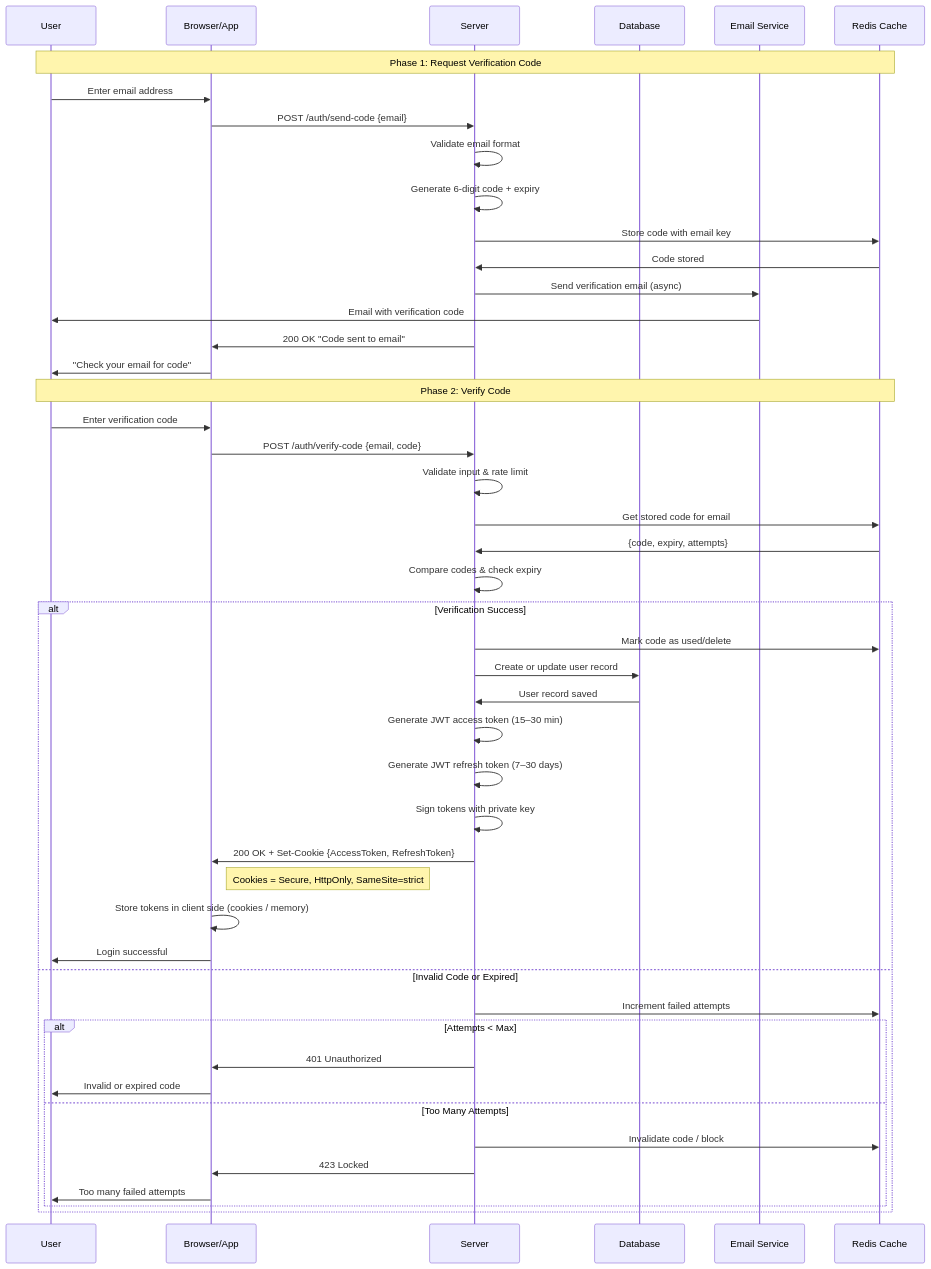
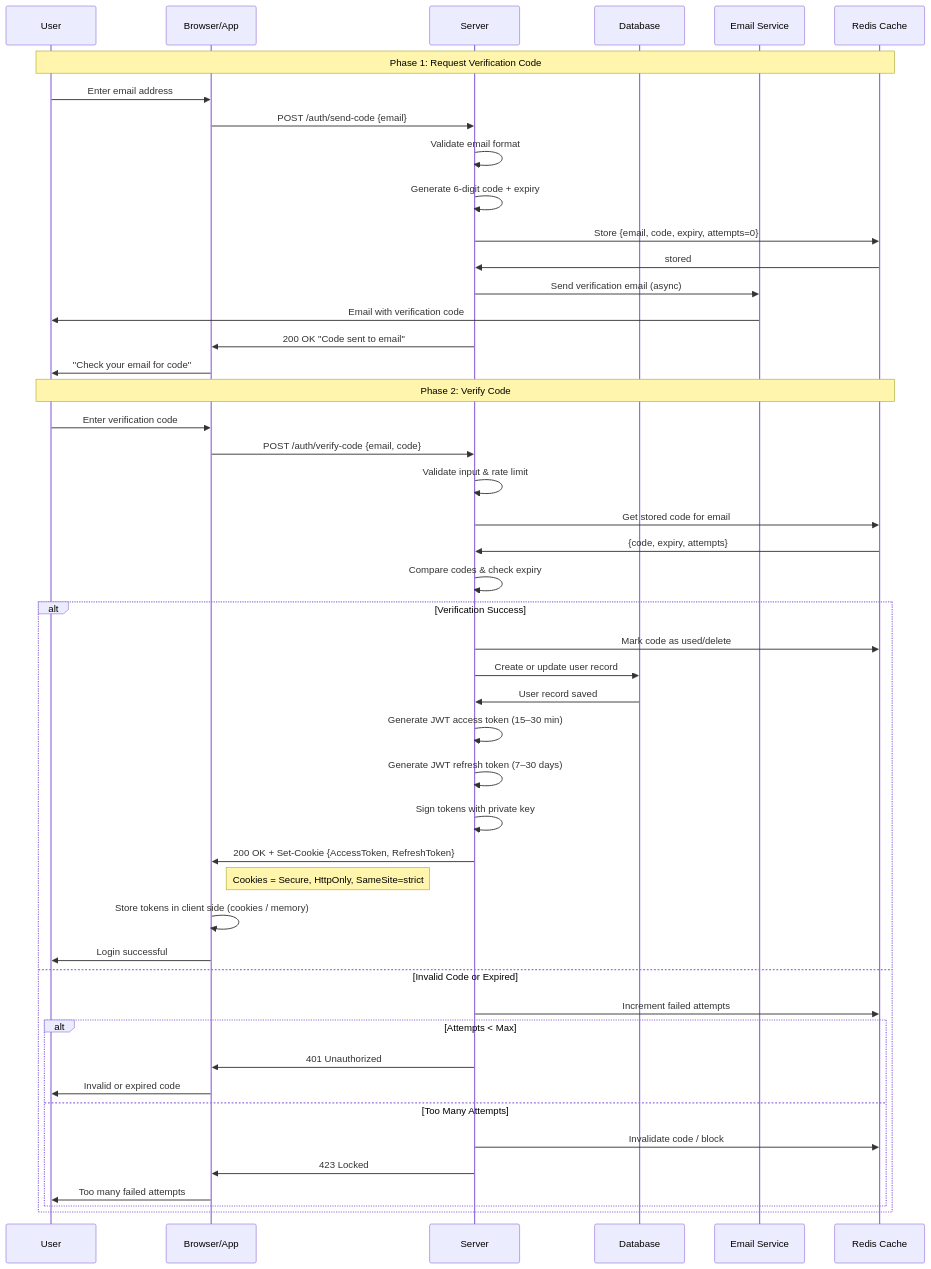
The second of 4 diagrams in authentication-flows.md (randa-magdy/authn-authz-system-design), drawn with Mermaid before and after one commit.

````diff
--- a/authentication-flows.md
+++ b/authentication-flows.md
@@ -116,57 +116,57 @@
 ```mermaid
 sequenceDiagram
     participant U as User
     participant B as Browser/App
     participant S as Server
     participant DB as Database
     participant ES as Email Service
     participant Cache as Redis Cache
 
     Note over U,Cache: Phase 1: Request Verification Code
     U->>B: Enter email address
     B->>S: POST /auth/send-code {email}
     
     S->>S: Validate email format
     S->>S: Generate 6-digit code + expiry
-    S->>Cache: Store code with email key
-    Cache->>S: Code stored
+    S->>Cache: Store {email, code, expiry, attempts=0}
+    Cache->>S: stored
     
     S->>ES: Send verification email (async)
     ES->>U: Email with verification code
     
     S->>B: 200 OK "Code sent to email"
     B->>U: "Check your email for code"
 
     Note over U,Cache: Phase 2: Verify Code
     U->>B: Enter verification code
     B->>S: POST /auth/verify-code {email, code}
     
     S->>S: Validate input & rate limit
     S->>Cache: Get stored code for email
     Cache->>S: {code, expiry, attempts}
     
     S->>S: Compare codes & check expiry
     
     alt Verification Success
         S->>Cache: Mark code as used/delete
         S->>DB: Create or update user record
         DB->>S: User record saved
         S->>S: Generate JWT access token (15–30 min)
         S->>S: Generate JWT refresh token (7–30 days)
         S->>S: Sign tokens with private key
         S->>B: 200 OK + Set-Cookie {AccessToken, RefreshToken}
         Note right of B: Cookies = Secure, HttpOnly, SameSite=strict
         B->>B: Store tokens in client side (cookies / memory)
         B->>U: Login successful
     else Invalid Code or Expired
         S->>Cache: Increment failed attempts
         alt Attempts < Max
             S->>B: 401 Unauthorized
             B->>U: Invalid or expired code
         else Too Many Attempts
             S->>Cache: Invalidate code / block
             S->>B: 423 Locked
             B->>U: Too many failed attempts
         end
     end
 ```
````
